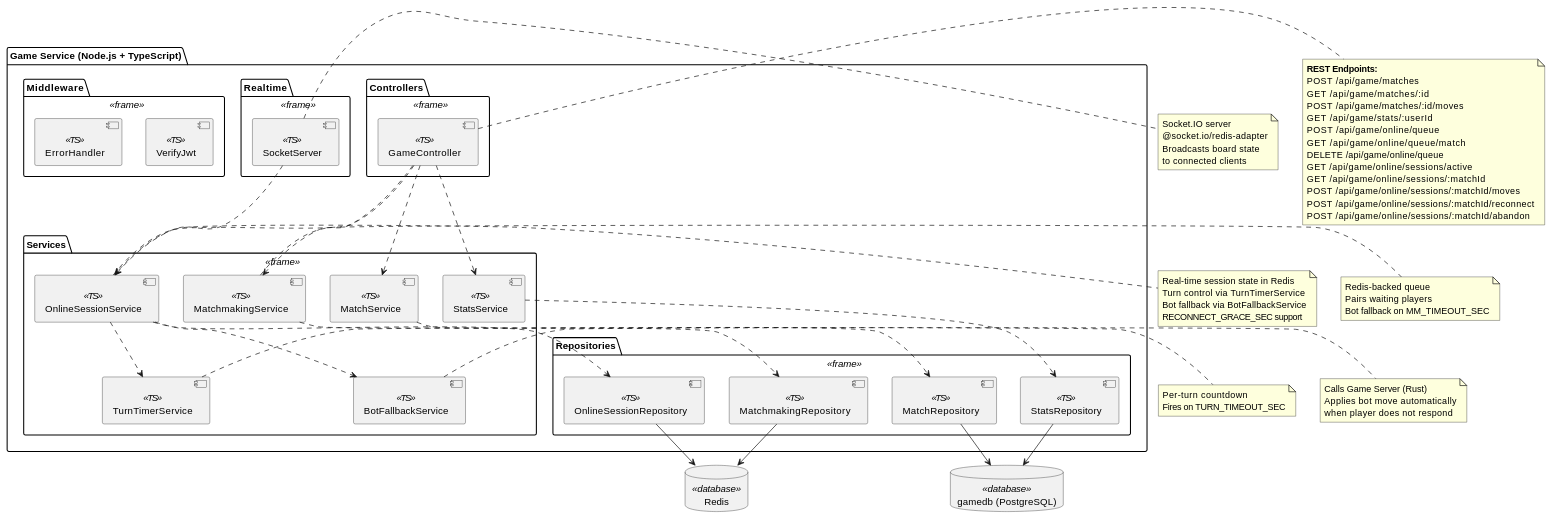
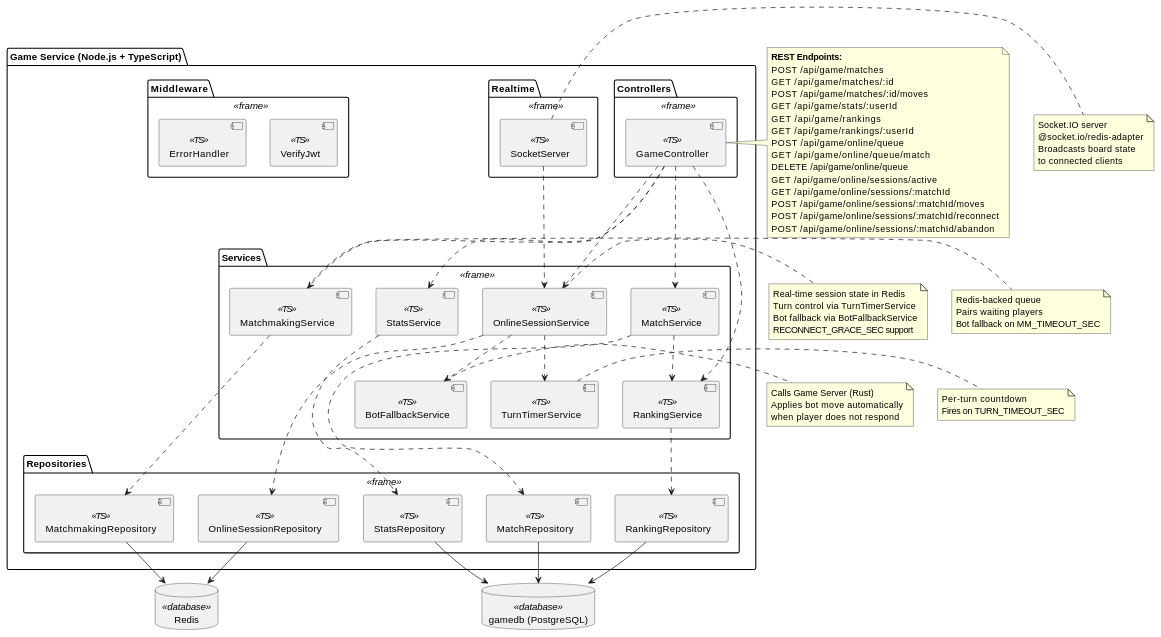
One commit to Arquisoft/yovi_es1c changed the fourth of 5 diagrams in docs/src/05_building_block_view.adoc. Above: the diagram before and after it, drawn with PlantUML. The commit also changed other lines of this file and 1 other file, not shown here.

Commit message:
Document player ranking concept in arc42

```diff
--- a/docs/src/05_building_block_view.adoc
+++ b/docs/src/05_building_block_view.adoc
@@ -382,6 +382,7 @@
   package "Services" <<frame>> {
     component [MatchService] <<TS>>
     component [StatsService] <<TS>>
+    component [RankingService] <<TS>>
     component [MatchmakingService] <<TS>>
     component [OnlineSessionService] <<TS>>
     component [TurnTimerService] <<TS>>
@@ -391,6 +392,7 @@
   package "Repositories" <<frame>> {
     component [MatchRepository] <<TS>>
     component [StatsRepository] <<TS>>
+    component [RankingRepository] <<TS>>
     component [MatchmakingRepository] <<TS>>
     component [OnlineSessionRepository] <<TS>>
   }
@@ -410,6 +412,7 @@
 
 [GameController] ..> [MatchService]
 [GameController] ..> [StatsService]
+[GameController] ..> [RankingService]
 [GameController] ..> [MatchmakingService]
 [GameController] ..> [OnlineSessionService]
 
@@ -417,12 +420,15 @@
 [OnlineSessionService] ..> [BotFallbackService]
 
 [MatchService] ..> [MatchRepository]
+[MatchService] ..> [RankingService]
 [StatsService] ..> [StatsRepository]
+[RankingService] ..> [RankingRepository]
 [MatchmakingService] ..> [MatchmakingRepository]
 [OnlineSessionService] ..> [OnlineSessionRepository]
 
 [MatchRepository] --> gamedb
 [StatsRepository] --> gamedb
+[RankingRepository] --> gamedb
 [MatchmakingRepository] --> redis
 [OnlineSessionRepository] --> redis
 
@@ -434,6 +440,8 @@
   GET    /api/game/matches/:id
   POST   /api/game/matches/:id/moves
   GET    /api/game/stats/:userId
+  GET    /api/game/rankings
+  GET    /api/game/rankings/:userId
   POST   /api/game/online/queue
   GET    /api/game/online/queue/match
   DELETE /api/game/online/queue
```
